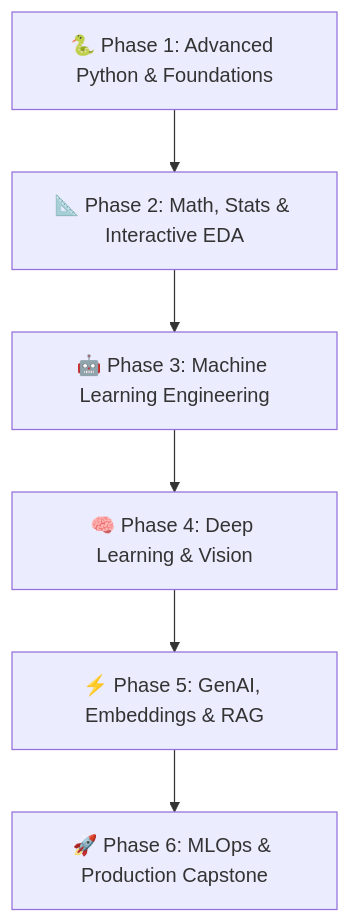
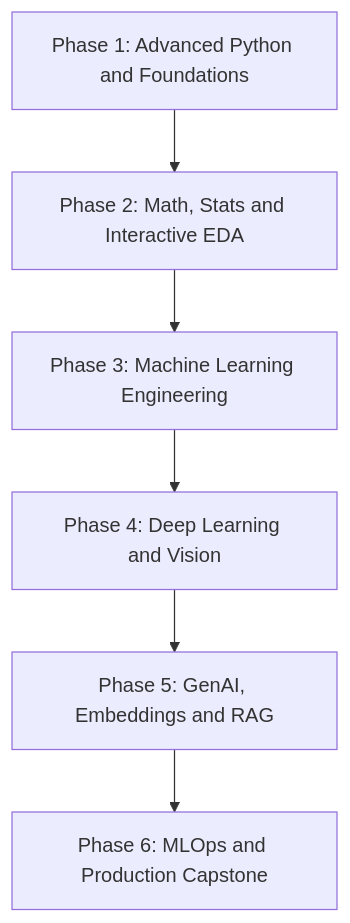
One commit to SahilShaikh-py/Advanced-Python-Data-Science- changed the diagram in README.md. Above: the diagram before and after it, drawn with Mermaid. The commit also changed other lines of this file and 16 other files, not shown here.

````diff
--- a/README.md
+++ b/README.md
@@ -17,8 +17,8 @@
 ```mermaid
 flowchart TD
-    A["🐍 Phase 1: Advanced Python & Foundations"] --> B["📐 Phase 2: Math, Stats & Interactive EDA"]
-    B --> C["🤖 Phase 3: Machine Learning Engineering"]
-    C --> D["🧠 Phase 4: Deep Learning & Vision"]
-    D --> E["⚡ Phase 5: GenAI, Embeddings & RAG"]
-    E --> F["🚀 Phase 6: MLOps & Production Capstone"]
+    A["Phase 1: Advanced Python and Foundations"] --> B["Phase 2: Math, Stats and Interactive EDA"]
+    B --> C["Phase 3: Machine Learning Engineering"]
+    C --> D["Phase 4: Deep Learning and Vision"]
+    D --> E["Phase 5: GenAI, Embeddings and RAG"]
+    E --> F["Phase 6: MLOps and Production Capstone"]
 ```
````
